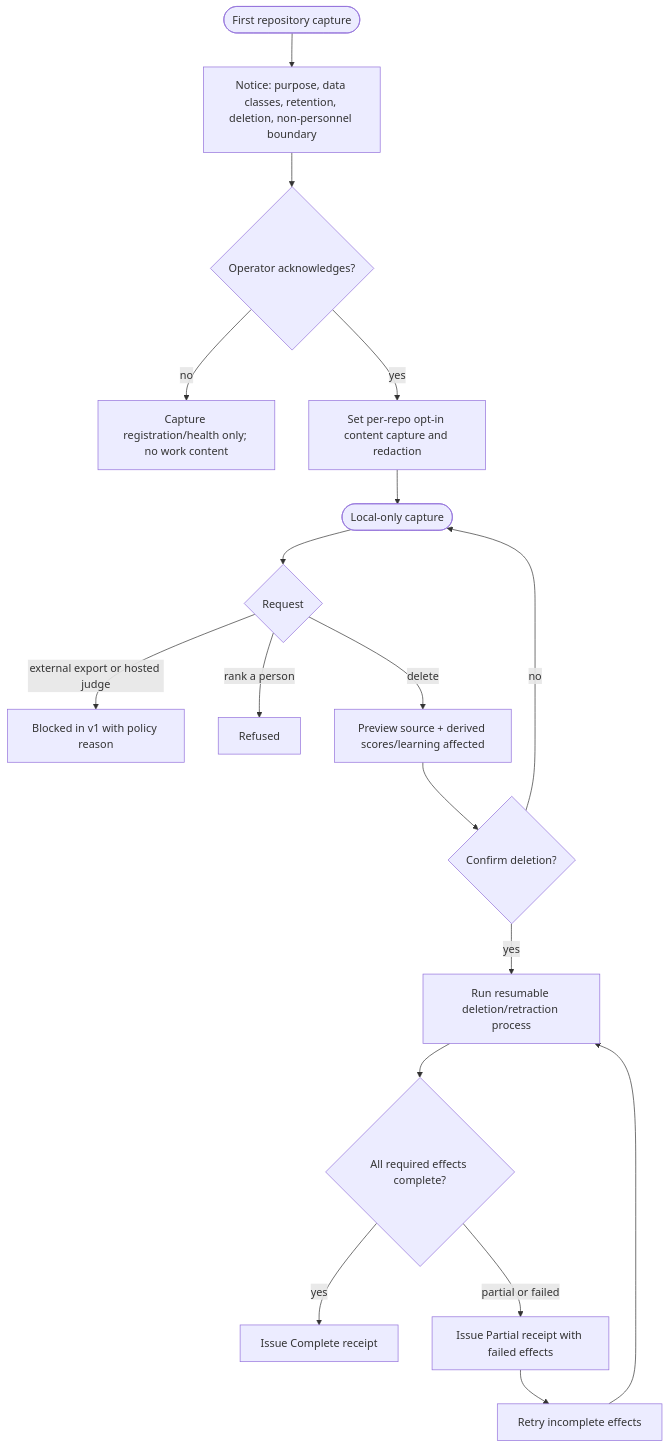
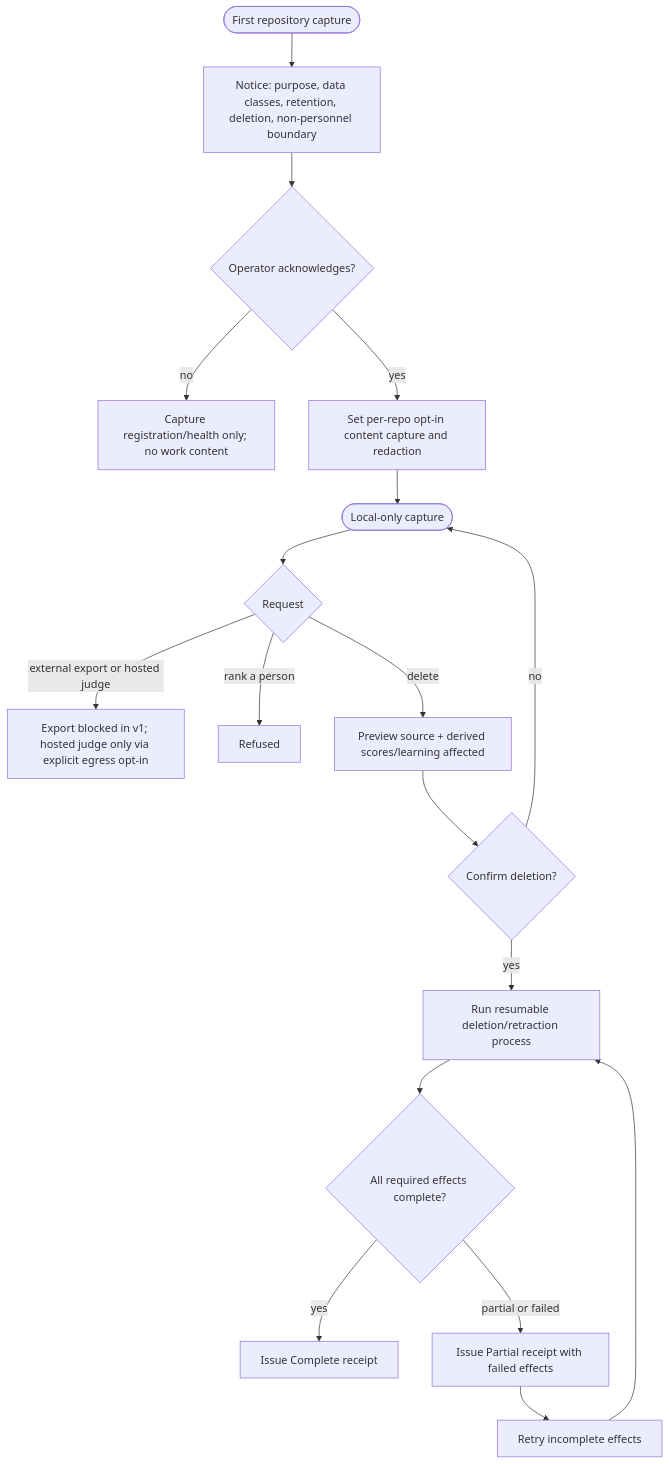
Before and after one commit to timianmalloo/ai-de: the sixth of 8 diagrams in docs/specs/agentic-watcher-substrate.md, drawn with Mermaid. The commit also changed other lines of this file and 7 other files, not shown here.

````diff
--- a/docs/specs/agentic-watcher-substrate.md
+++ b/docs/specs/agentic-watcher-substrate.md
@@ -747,19 +819,19 @@
 ```mermaid
 flowchart TD
   A([First repository capture]) --> B[Notice: purpose, data classes, retention, deletion, non-personnel boundary]
   B --> C{Operator acknowledges?}
   C -->|no| D[Capture registration/health only; no work content]
   C -->|yes| E[Set per-repo opt-in content capture and redaction]
   E --> F([Local-only capture])
   F --> G{Request}
-  G -->|external export or hosted judge| H[Blocked in v1 with policy reason]
+  G -->|external export or hosted judge| H[Export blocked in v1; hosted judge only via explicit egress opt-in]
   G -->|rank a person| I[Refused]
   G -->|delete| J[Preview source + derived scores/learning affected]
   J --> K{Confirm deletion?}
   K -->|no| F
   K -->|yes| L[Run resumable deletion/retraction process]
   L --> M{All required effects complete?}
   M -->|yes| N[Issue Complete receipt]
   M -->|partial or failed| O[Issue Partial receipt with failed effects]
   O --> P[Retry incomplete effects] --> L
 ```
````
